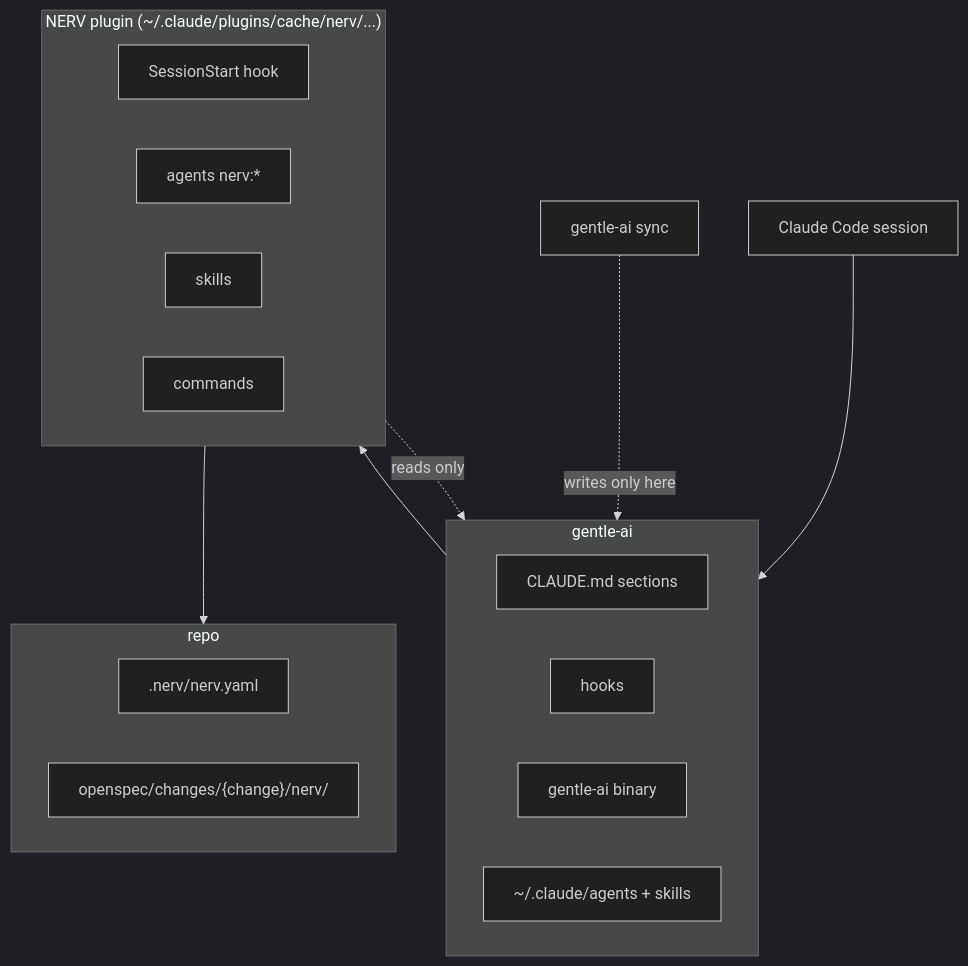
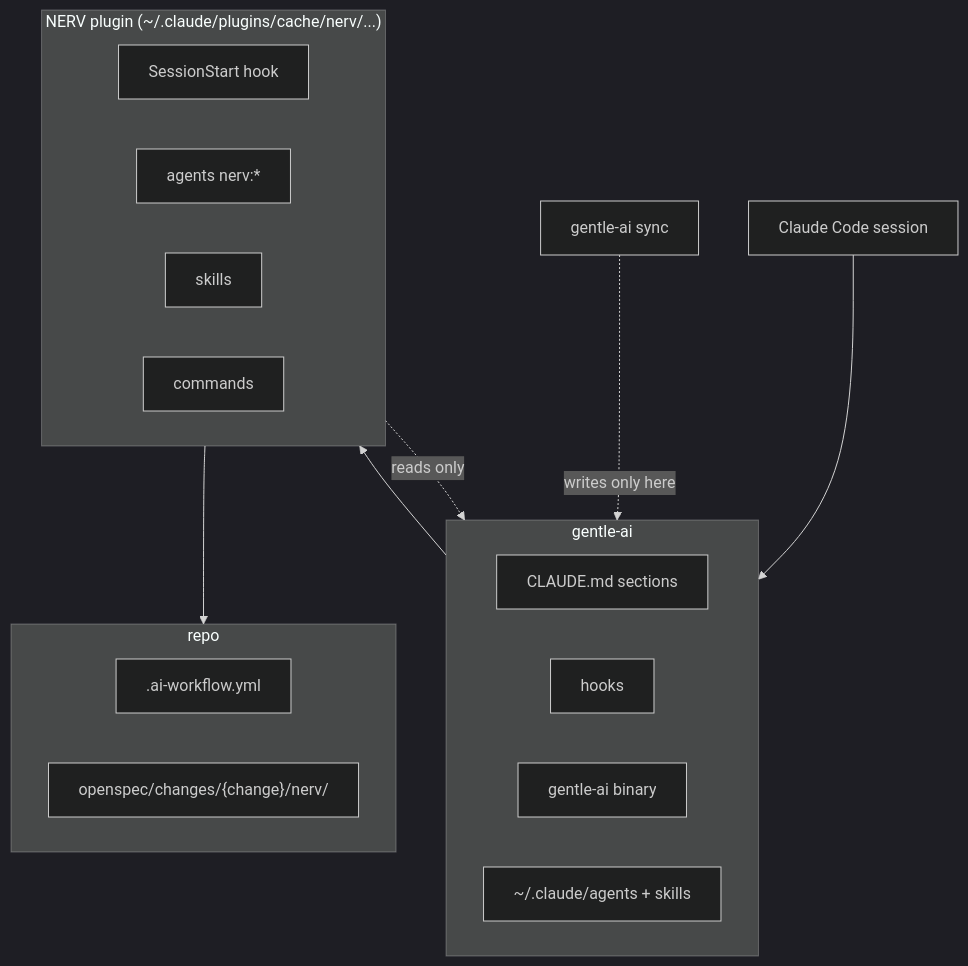
Before and after one commit to war-apps/nerv-by-gentle-ai: the first of 7 diagrams in docs/integration.md, drawn with Mermaid (dark theme). The commit also changed other lines of this file and 128 other files, not shown here.

First line of the commit message:
feat(config)!: read configuration from .ai-workflow.yml and the ai-workflow user config

````diff
--- a/docs/integration.md
+++ b/docs/integration.md
@@ -5,31 +5,31 @@
 ```mermaid
 flowchart TB
     CC[Claude Code session]
 
     subgraph GA["gentle-ai"]
         GACfg["CLAUDE.md sections"]
         GAHooks["hooks"]
         GABin["gentle-ai binary"]
         GAAgents["~/.claude/agents + skills"]
     end
 
     subgraph NERVP["NERV plugin (~/.claude/plugins/cache/nerv/...)"]
         NHook["SessionStart hook"]
         NAgents["agents nerv:*"]
         NSkills["skills"]
         NCommands["commands"]
     end
 
     subgraph Repo["repo"]
-        NConfig[".nerv/nerv.yaml"]
+        NConfig[".ai-workflow.yml"]
         NChange["openspec/changes/{change}/nerv/"]
     end
 
     Sync["gentle-ai sync"]
 
     CC --> GA
     GA --> NERVP
     NERVP --> Repo
     Sync -.writes only here.-> GA
     NERVP -.reads only.-> GA
 ```
````
